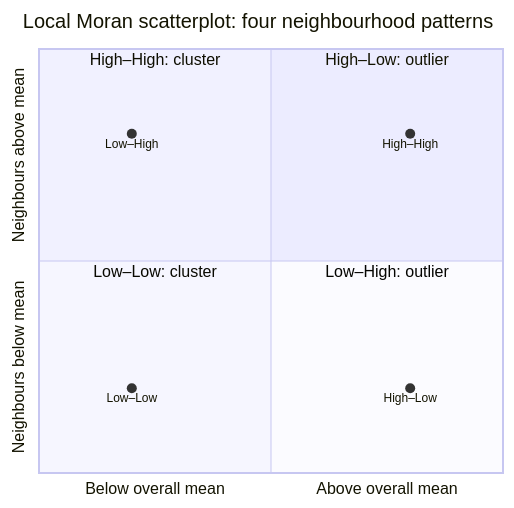
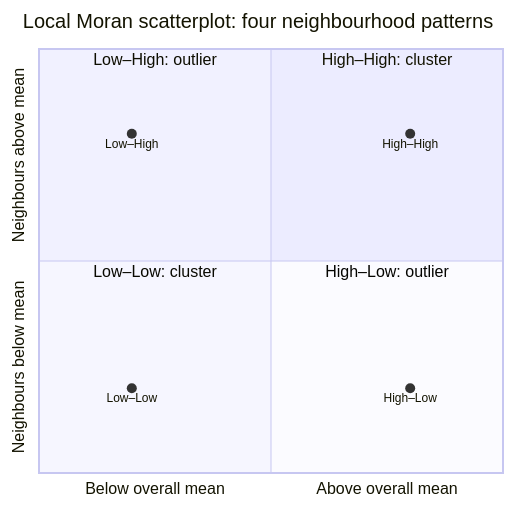
Before and after one commit to geo-dev-hub/spatial-analysis: the diagram in algorithms/statistics/local-morans-i.md, drawn with Mermaid. The commit also changed other lines of this file, not shown here.

Commit message:
Correct Local Moran scaling and quadrant diagram labels

````diff
--- a/algorithms/statistics/local-morans-i.md
+++ b/algorithms/statistics/local-morans-i.md
@@ -43,14 +43,14 @@
 ```mermaid
 quadrantChart
     title Local Moran scatterplot: four neighbourhood patterns
     x-axis "Below overall mean" --> "Above overall mean"
     y-axis "Neighbours below mean" --> "Neighbours above mean"
-    quadrant-1 "High–Low: outlier"
-    quadrant-2 "High–High: cluster"
+    quadrant-1 "High–High: cluster"
+    quadrant-2 "Low–High: outlier"
     quadrant-3 "Low–Low: cluster"
-    quadrant-4 "Low–High: outlier"
+    quadrant-4 "High–Low: outlier"
     "High–High": [0.8, 0.8]
     "Low–High": [0.2, 0.8]
     "Low–Low": [0.2, 0.2]
     "High–Low": [0.8, 0.2]
 ```
````
